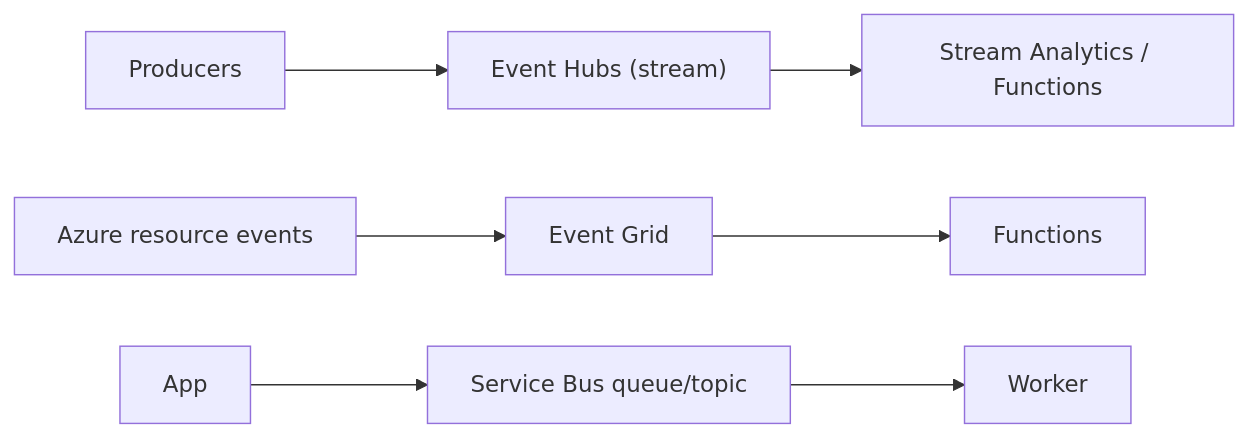
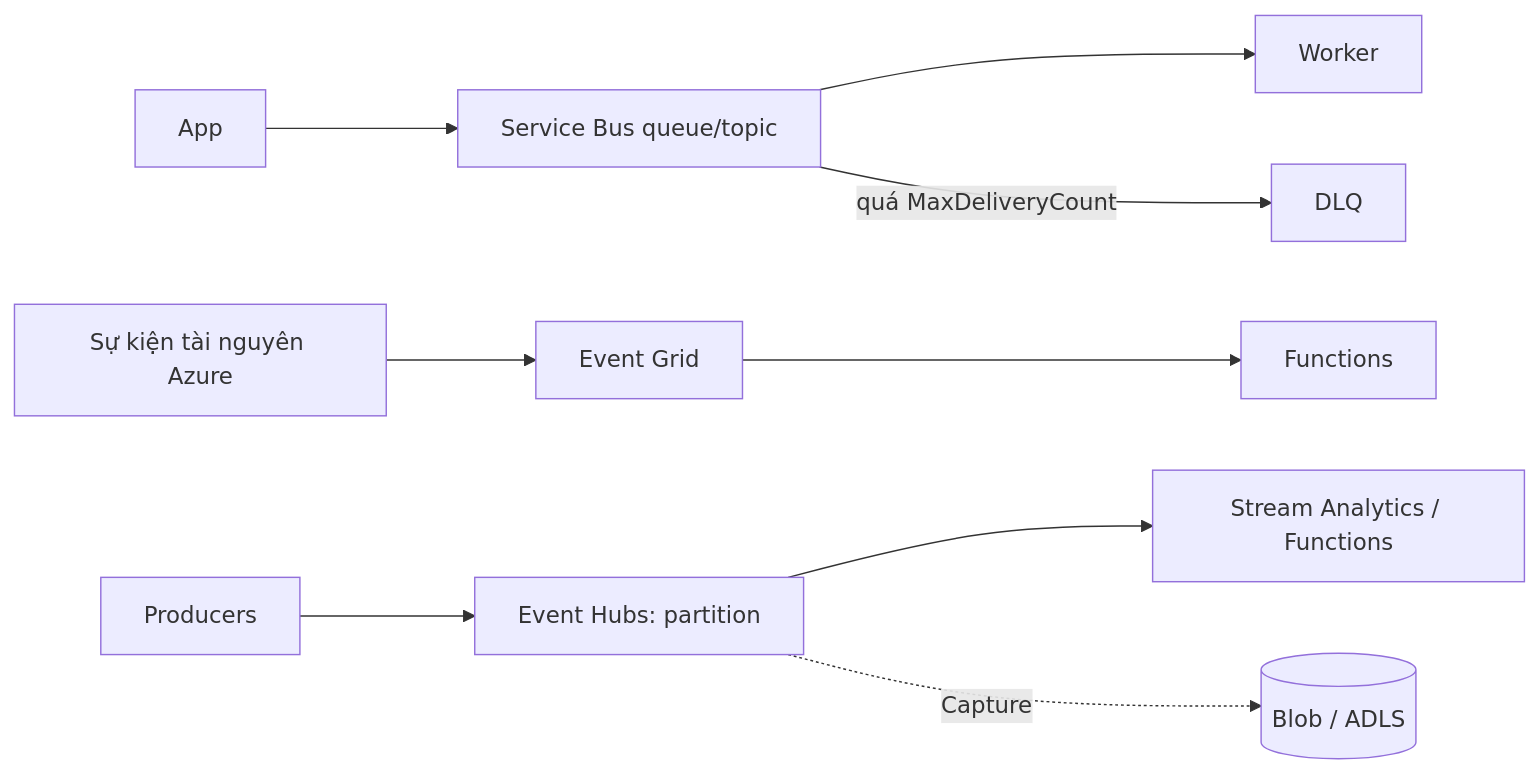
The diagram in src/assets/knowledge/playbooks/azure/azure-messaging-event-services.md (passion-Infinity/personal-tech-playbook), drawn with Mermaid before and after one commit. The commit also changed other lines of this file and 6 other files, not shown here.

````diff
--- a/src/assets/knowledge/playbooks/azure/azure-messaging-event-services.md
+++ b/src/assets/knowledge/playbooks/azure/azure-messaging-event-services.md
@@ -15,6 +34,8 @@
 ```mermaid
 flowchart LR
-    P[Producers] --> EH["Event Hubs (stream)"] --> ASA["Stream Analytics / Functions"]
-    SRC["Azure resource events"] --> EG["Event Grid"] --> FN[Functions]
     APP[App] --> SB["Service Bus queue/topic"] --> W[Worker]
+    SB -->|"quá MaxDeliveryCount"| DLQ[DLQ]
+    SRC["Sự kiện tài nguyên Azure"] --> EG["Event Grid"] --> FN[Functions]
+    P[Producers] --> EH["Event Hubs: partition"] --> ASA["Stream Analytics / Functions"]
+    EH -.->|Capture| BLOB[(Blob / ADLS)]
 ```
````
